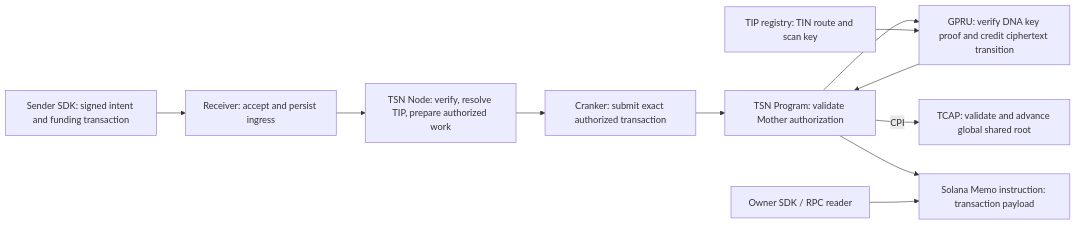
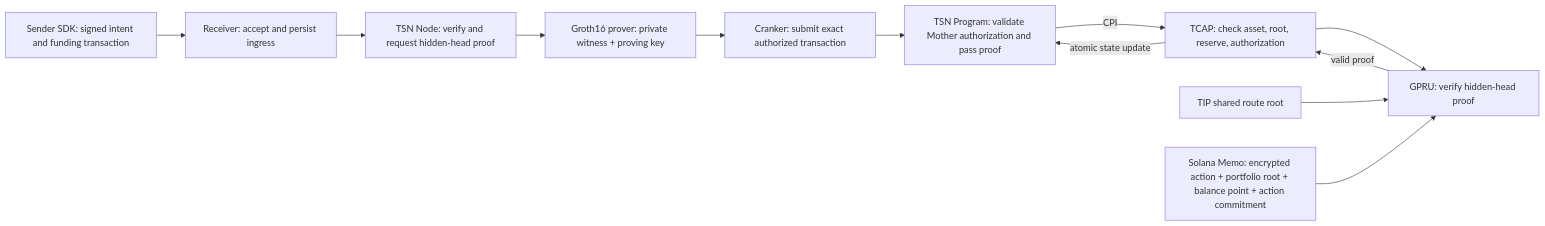
The diagram in tsn-docs/overview/architecture.mdx (Trustlink-Labs/TSN-Protocol), drawn with Mermaid before and after one commit. The commit also changed other lines of this file and 82 other files, not shown here.

````diff
--- a/tsn-docs/overview/architecture.mdx
+++ b/tsn-docs/overview/architecture.mdx
@@ -11,13 +11,14 @@
 ```mermaid
 flowchart LR
     S[Sender SDK: signed intent and funding transaction] --> R[Receiver: accept and persist ingress]
-    R --> N[TSN Node: verify, resolve TIP, prepare authorized work]
-    N --> C[Cranker: submit exact authorized transaction]
-    C --> T[TSN Program: validate Mother authorization]
-    T --> G[GPRU: verify DNA key proof and credit ciphertext transition]
-    TIP[TIP registry: TIN route and scan key] --> G
-    G --> T
-    T -->|CPI| TCAP[TCAP: validate and advance global shared root]
-    T --> M[Solana Memo instruction: transaction payload]
-    O[Owner SDK / RPC reader] --> M
+    R --> N[TSN Node: verify and request hidden-head proof]
+    N --> P[Groth16 prover: private witness + proving key]
+    P --> C[Cranker: submit exact authorized transaction]
+    C --> T[TSN Program: validate Mother authorization and pass proof]
+    T -->|CPI| TCAP[TCAP: check asset, root, reserve, authorization]
+    TCAP --> G[GPRU: verify hidden-head proof]
+    TIP[TIP shared route root] --> G
+    M[Solana Memo: encrypted action + portfolio root + balance point + action commitment] --> G
+    G -->|valid proof| TCAP
+    TCAP -->|atomic state update| T
 ```
````
